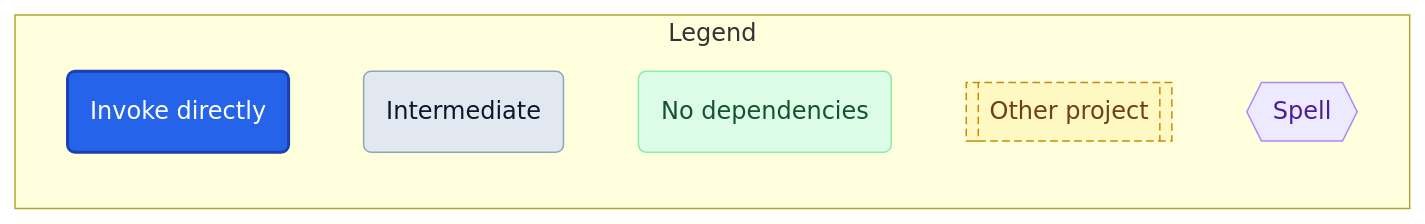
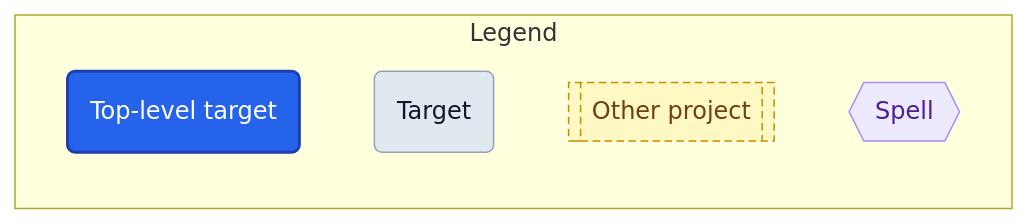
The first of 6 diagrams in MAGUS.md (egladman/magus), drawn with Mermaid before and after one commit. The commit also changed other lines of this file and 174 other files, not shown here.

````diff
--- a/MAGUS.md
+++ b/MAGUS.md
@@ -19,21 +19,18 @@
 ```mermaid
 graph LR
   subgraph legend["Legend"]
-    lg_anchor("Invoke directly")
-    lg_mid("Intermediate")
-    lg_leaf("No dependencies")
+    lg_anchor("Top-level target")
+    lg_target("Target")
     lg_ext[["Other project"]]
     lg_spell{{"Spell"}}
   end
   %% no dependency edges
   classDef anchor fill:#2563eb,color:#ffffff,stroke:#1e40af,stroke-width:2px
-  classDef mid fill:#e2e8f0,color:#0f172a,stroke:#94a3b8
-  classDef leaf fill:#dcfce7,color:#14532d,stroke:#86efac
+  classDef target fill:#e2e8f0,color:#0f172a,stroke:#94a3b8
   classDef external fill:#fef9c3,color:#713f12,stroke:#ca8a04,stroke-dasharray:5 3
   classDef spell fill:#ede9fe,color:#4c1d95,stroke:#a78bfa
   class lg_anchor anchor
-  class lg_mid mid
-  class lg_leaf leaf
+  class lg_target target
   class lg_ext external
   class lg_spell spell
 ```
````
